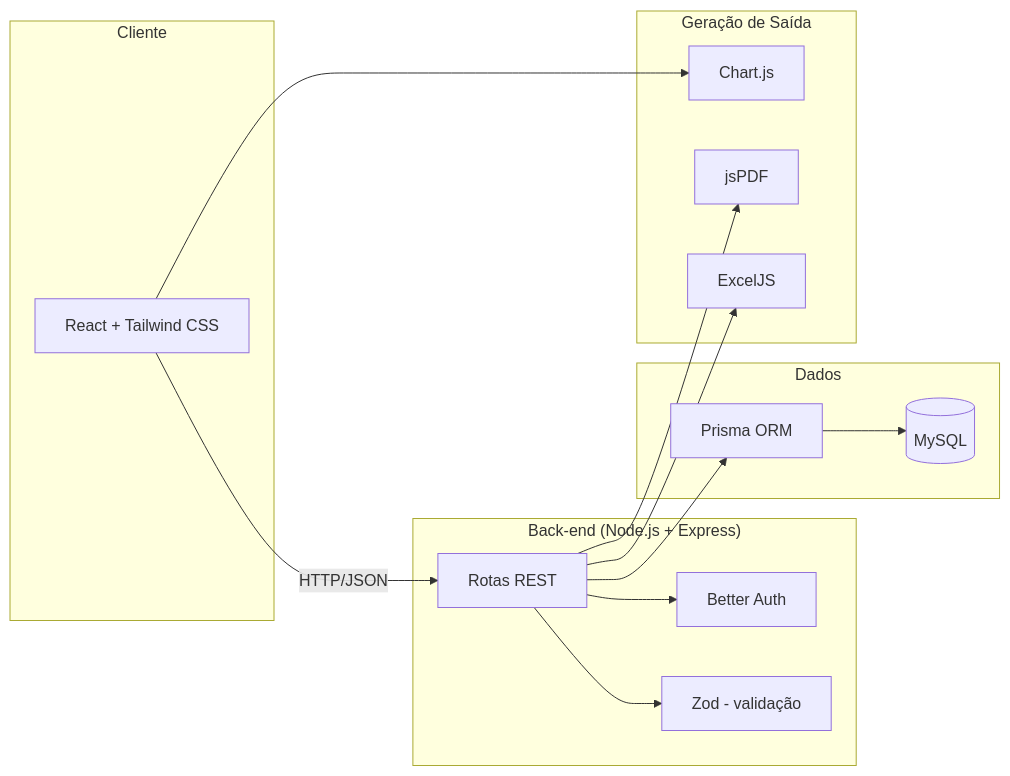
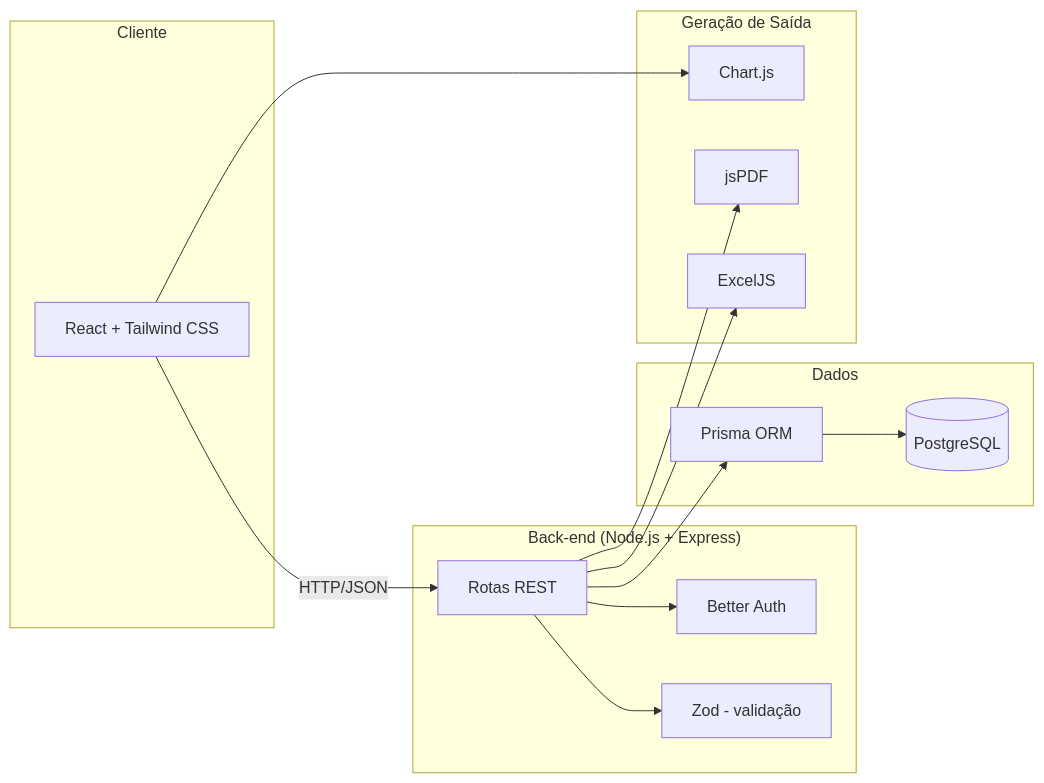
One commit to arianearchanjo/loja-automotiva changed the third of 3 diagrams in docs/arquitetura.md. Above: the diagram before and after it, drawn with Mermaid. The commit also changed other lines of this file and 9 other files, not shown here.

Commit message:
chore: substitui MySQL por PostgreSQL (Prisma, Better Auth, env e documentação)

````diff
--- a/docs/arquitetura.md
+++ b/docs/arquitetura.md
@@ -56,32 +56,32 @@
 ```mermaid
 flowchart LR
     subgraph Cliente
         R[React + Tailwind CSS]
     end
 
     subgraph API["Back-end (Node.js + Express)"]
         Auth[Better Auth]
         Val[Zod - validação]
         Routes[Rotas REST]
     end
 
     subgraph Dados
         Prisma[Prisma ORM]
-        MySQL[(MySQL)]
+        PostgreSQL[(PostgreSQL)]
     end
 
     subgraph Saida["Geração de Saída"]
         Chart[Chart.js]
         PDF[jsPDF]
         XLS[ExcelJS]
     end
 
     R -- HTTP/JSON --> Routes
     Routes --> Auth
     Routes --> Val
     Routes --> Prisma
-    Prisma --> MySQL
+    Prisma --> PostgreSQL
     R --> Chart
     Routes --> PDF
     Routes --> XLS
 ```
````
